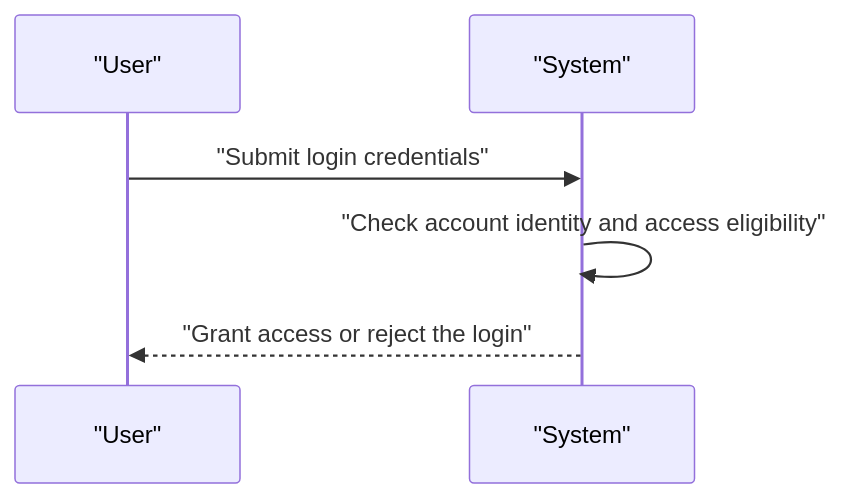
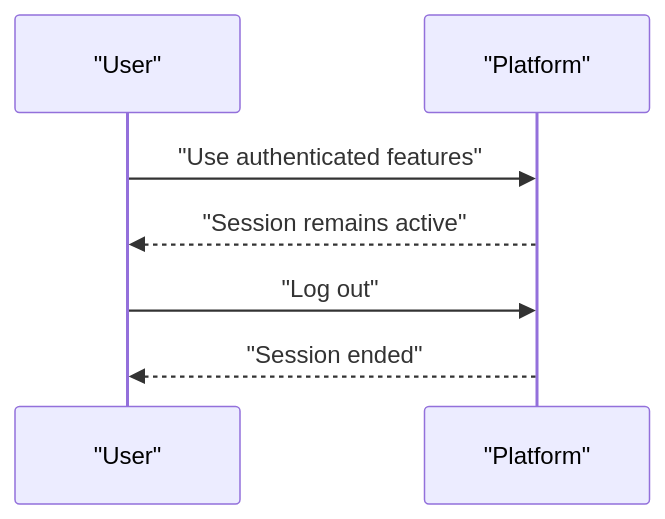
Before and after one commit to wrtnlabs/autobe-examples: diagram 12 of 17 in openai/gpt-5.4-mini/shopping/docs/analysis/01-actors-and-auth.md, drawn with Mermaid. The commit also changed other lines of this file and 9017 other files, not shown here.

````diff
--- a/openai/gpt-5.4-mini/shopping/docs/analysis/01-actors-and-auth.md
+++ b/openai/gpt-5.4-mini/shopping/docs/analysis/01-actors-and-auth.md
@@ -153,8 +291,9 @@
 ```mermaid
 sequenceDiagram
     participant U as "User"
-    participant S as "System"
-    U->>S: "Submit login credentials"
-    S->>S: "Check account identity and access eligibility"
-    S-->>U: "Grant access or reject the login"
+    participant S as "Platform"
+    U->>S: "Use authenticated features"
+    S-->>U: "Session remains active"
+    U->>S: "Log out"
+    S-->>U: "Session ended"
 ```
````
